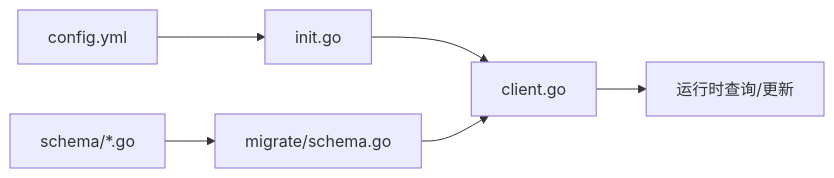
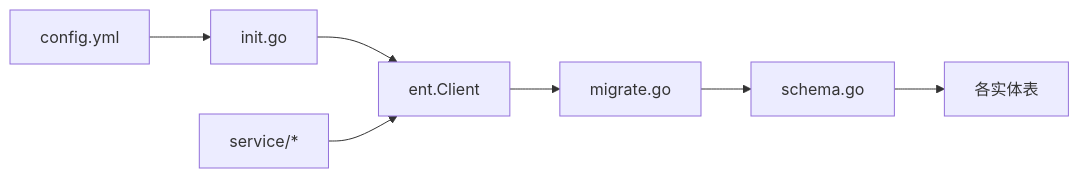
The tenth of 10 diagrams in .qoder/repowiki/zh/content/数据库设计/数据库设计.md (wuwuseo/e-sports-go-admin), drawn with Mermaid before and after one commit. The commit also changed other lines of this file and 141 other files, not shown here.

````diff
--- a/.qoder/repowiki/zh/content/数据库设计/数据库设计.md
+++ b/.qoder/repowiki/zh/content/数据库设计/数据库设计.md
@@ -295,8 +392,9 @@
 ```mermaid
 graph LR
 CFG["config.yml"] --> INIT["init.go"]
-INIT --> CLIENT["client.go"]
-SCHEMA["schema/*.go"] --> MIGRATE["migrate/schema.go"]
-MIGRATE --> CLIENT
-CLIENT --> RUNTIME["运行时查询/更新"]
+INIT --> CLIENT["ent.Client"]
+CLIENT --> MIGRATE["migrate.go"]
+MIGRATE --> SCHEMA["schema.go"]
+SCHEMA --> MODELS["各实体表"]
+SERVICE["service/*"] --> CLIENT
 ```
````
